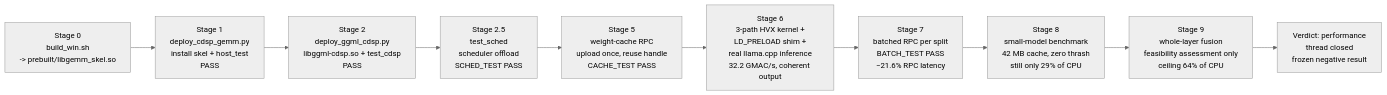
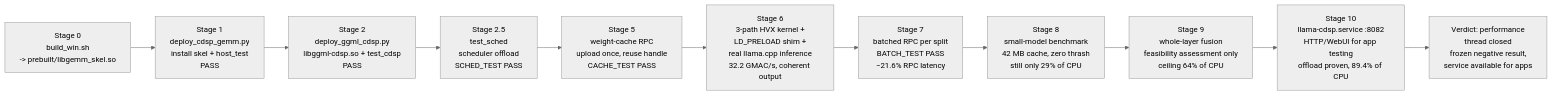
The third of 3 diagrams in README.md (doeasier/raphael-cdsp-llm), drawn with Mermaid (neutral theme) before and after one commit. The commit also changed other lines of this file and 9 other files, not shown here.

````diff
--- a/README.md
+++ b/README.md
@@ -198,11 +215,12 @@
 ```mermaid
 flowchart LR
     A0["Stage 0<br/>build_win.sh<br/>-> prebuilt/libgemm_skel.so"] --> A1
     A1["Stage 1<br/>deploy_cdsp_gemm.py<br/>install skel + host_test<br/>PASS"] --> A2
     A2["Stage 2<br/>deploy_ggml_cdsp.py<br/>libggml-cdsp.so + test_cdsp<br/>PASS"] --> A25
     A25["Stage 2.5<br/>test_sched<br/>scheduler offload<br/>SCHED_TEST PASS"] --> A5
     A5["Stage 5<br/>weight-cache RPC<br/>upload once, reuse handle<br/>CACHE_TEST PASS"] --> A6
     A6["Stage 6<br/>3-path HVX kernel +<br/>LD_PRELOAD shim +<br/>real llama.cpp inference<br/>32.2 GMAC/s, coherent output"] --> A7
     A7["Stage 7<br/>batched RPC per split<br/>BATCH_TEST PASS<br/>−21.6% RPC latency"] --> A8["Stage 8<br/>small-model benchmark<br/>42 MB cache, zero thrash<br/>still only 29% of CPU"] --> A9["Stage 9<br/>whole-layer fusion<br/>feasibility assessment only<br/>ceiling 64% of CPU"]
-    A9 --> DONE["Verdict: performance<br/>thread closed<br/>frozen negative result"]
+    A9 --> A10["Stage 10<br/>llama-cdsp.service :8082<br/>HTTP/WebUI for app testing<br/>offload proven, 89.4% of CPU"]
+    A10 --> DONE["Verdict: performance<br/>thread closed<br/>frozen negative result,<br/>service available for apps"]
 ```
````
